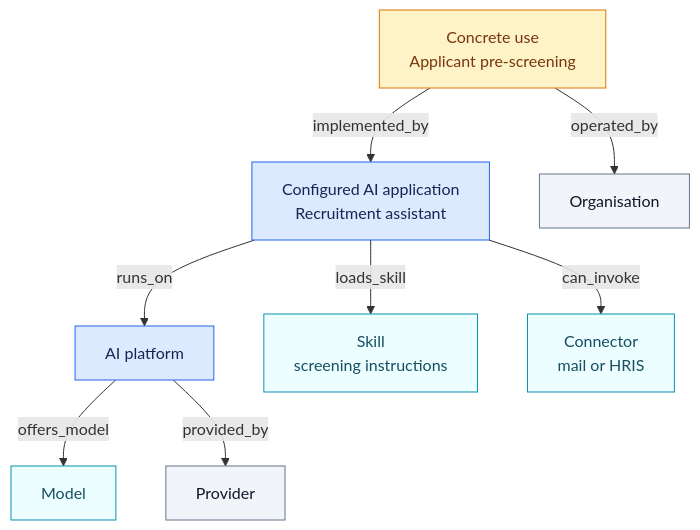
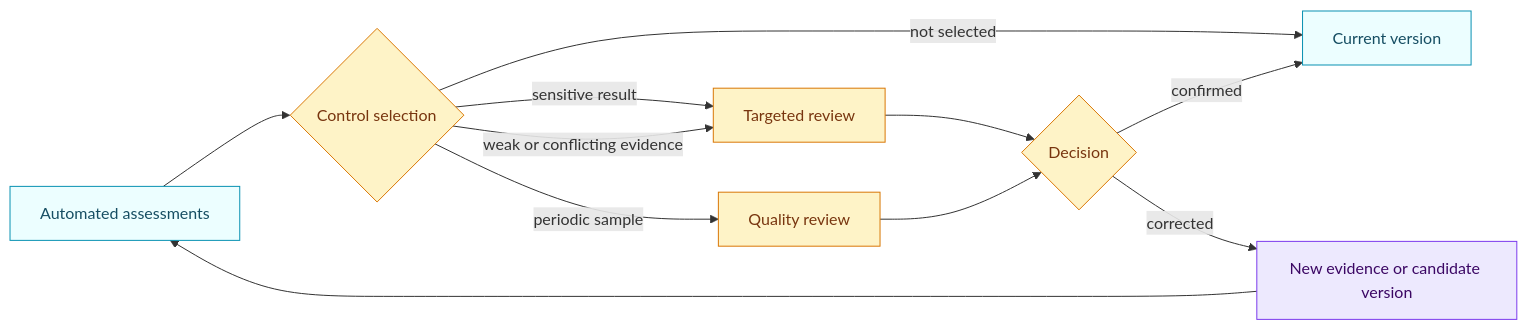
The third of 3 diagrams in README.md (NickChaps/Open-AIRS), drawn with Mermaid before and after one commit. The commit also changed other lines of this file and 58 other files, not shown here.

````diff
--- a/README.md
+++ b/README.md
@@ -138,19 +197,20 @@
 ```mermaid
-flowchart TB
-    U["Concrete use<br/>Applicant pre-screening"] -->|implemented_by| A["Configured AI application<br/>Recruitment assistant"]
-    A -->|runs_on| P["AI platform"]
-    P -->|offers_model| M["Model"]
-    A -->|loads_skill| S["Skill<br/>screening instructions"]
-    A -->|can_invoke| C["Connector<br/>mail or HRIS"]
-    U -->|operated_by| O["Organisation"]
-    P -->|provided_by| V["Provider"]
+flowchart LR
+    A["Automated assessments"] --> Q{"Control selection"}
+    Q -->|"sensitive result"| C["Targeted review"]
+    Q -->|"weak or conflicting evidence"| C
+    Q -->|"periodic sample"| S["Quality review"]
+    Q -->|"not selected"| V["Current version"]
+    C --> D{"Decision"}
+    S --> D
+    D -->|"confirmed"| V
+    D -->|"corrected"| N["New evidence or candidate version"]
+    N --> A
 
-    classDef use fill:#fef3c7,stroke:#d97706,color:#78350f
-    classDef app fill:#dbeafe,stroke:#2563eb,color:#172554
-    classDef component fill:#ecfeff,stroke:#0891b2,color:#164e63
-    classDef actor fill:#f1f5f9,stroke:#64748b,color:#0f172a
-    class U use
-    class A,P app
-    class M,S,C component
-    class O,V actor
+    classDef auto fill:#ecfeff,stroke:#0891b2,color:#164e63
+    classDef review fill:#fef3c7,stroke:#d97706,color:#78350f
+    classDef change fill:#ede9fe,stroke:#7c3aed,color:#3b0764
+    class A,V auto
+    class Q,C,S,D review
+    class N change
 ```
````
